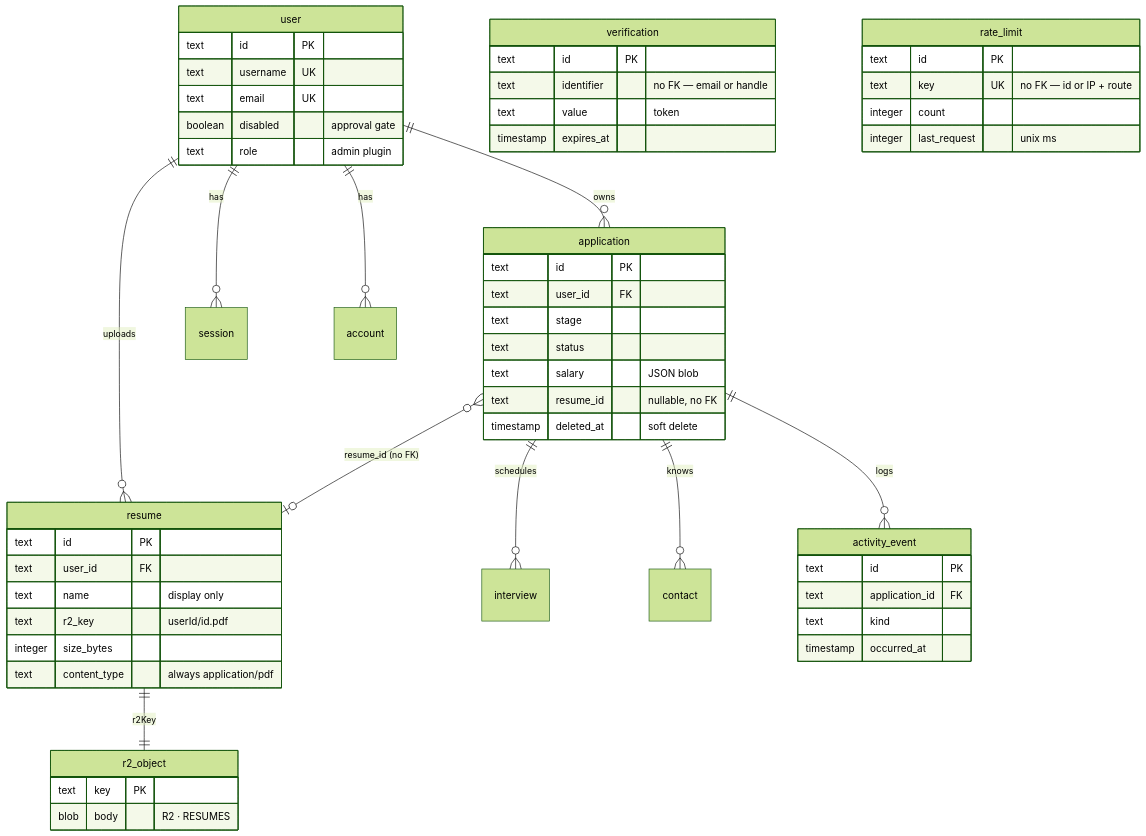
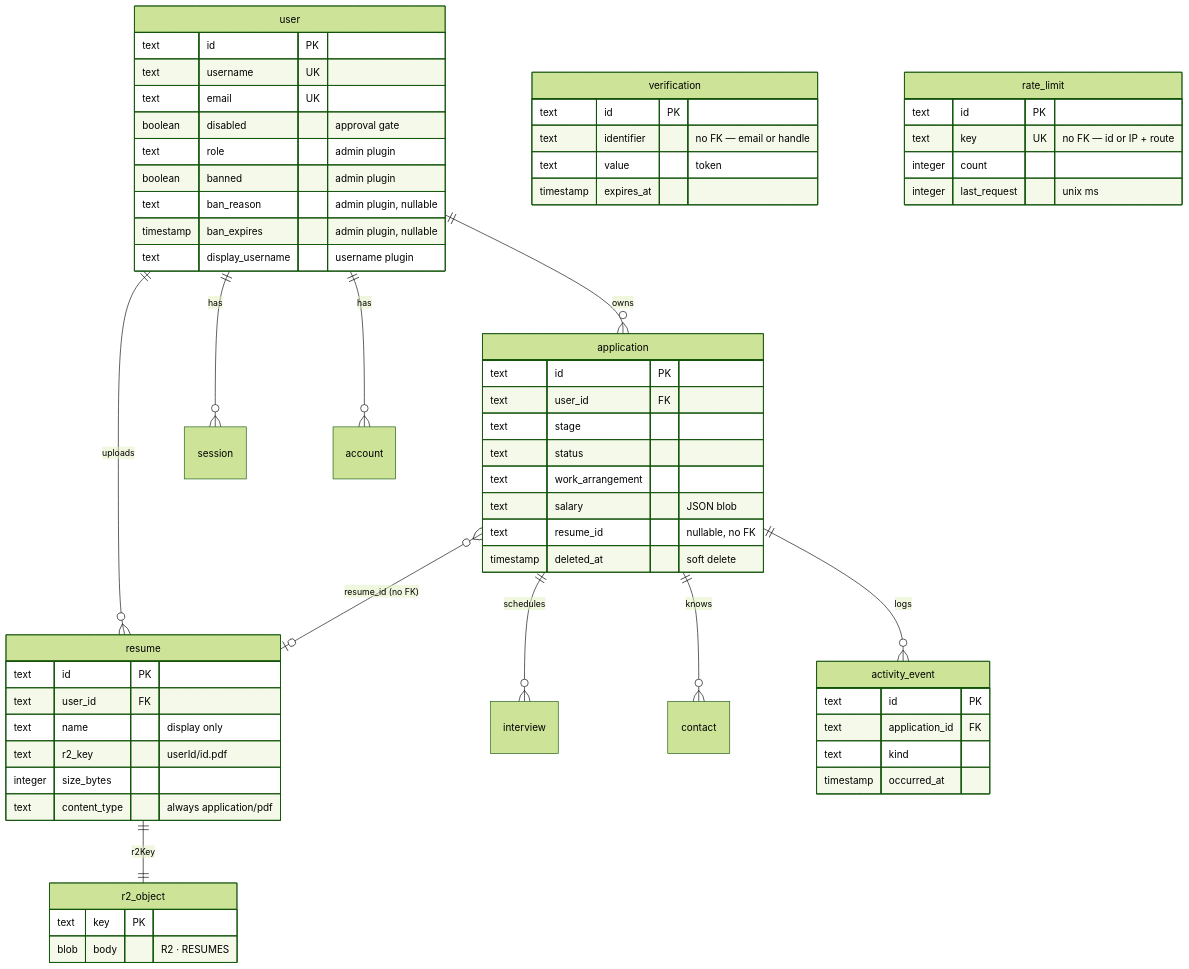
The first of 4 diagrams in docs/data-model.md (c0k0n/job-tracker), drawn with Mermaid (forest theme) before and after one commit. The commit also changed other lines of this file and 45 other files, not shown here.

````diff
--- a/docs/data-model.md
+++ b/docs/data-model.md
@@ -15,58 +15,63 @@
 ```mermaid
 erDiagram
     user ||--o{ application : owns
     user ||--o{ session : has
     user ||--o{ account : has
     user ||--o{ resume : uploads
     application ||--o{ interview : schedules
     application ||--o{ contact : "knows"
     application ||--o{ activity_event : logs
     application }o--o| resume : "resume_id (no FK)"
     resume ||--|| r2_object : "r2Key"
     user {
         text id PK
         text username UK
         text email UK
         boolean disabled "approval gate"
         text role "admin plugin"
+        boolean banned "admin plugin"
+        text ban_reason "admin plugin, nullable"
+        timestamp ban_expires "admin plugin, nullable"
+        text display_username "username plugin"
     }
     application {
         text id PK
         text user_id FK
         text stage
         text status
+        text work_arrangement
         text salary "JSON blob"
         text resume_id "nullable, no FK"
         timestamp deleted_at "soft delete"
     }
     activity_event {
         text id PK
         text application_id FK
         text kind
         timestamp occurred_at
     }
     resume {
         text id PK
         text user_id FK
         text name "display only"
         text r2_key "userId/id.pdf"
         integer size_bytes
         text content_type "always application/pdf"
     }
     r2_object {
         text key PK
         blob body "R2 · RESUMES"
     }
     verification {
         text id PK
         text identifier "no FK — email or handle"
         text value "token"
         timestamp expires_at
     }
     rate_limit {
         text id PK
         text key UK "no FK — id or IP + route"
         integer count
         integer last_request "unix ms"
     }
 ```
````
